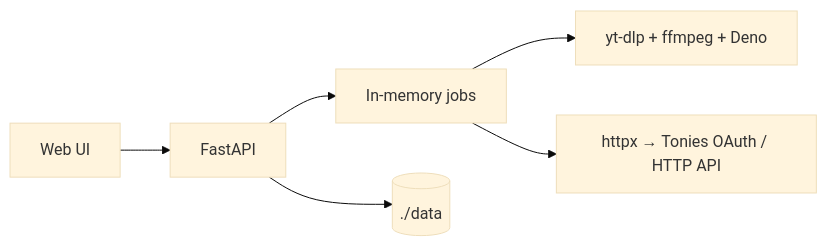
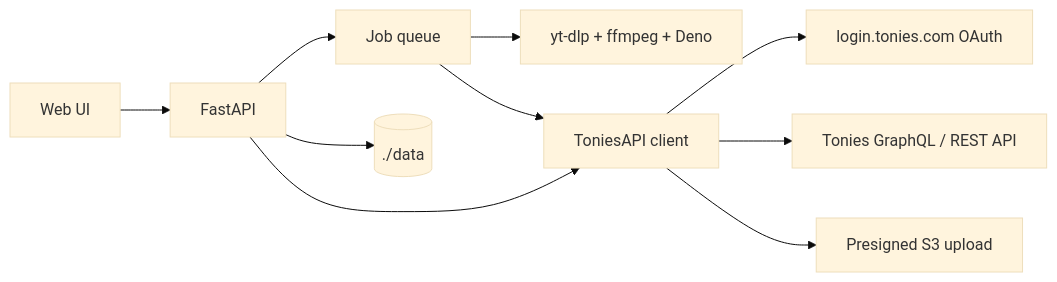
The diagram in docs/APP_OVERVIEW.md (c1rca/tonies-yt), drawn with Mermaid (base theme) before and after one commit. The commit also changed other lines of this file and 18 other files, not shown here.

````diff
--- a/docs/APP_OVERVIEW.md
+++ b/docs/APP_OVERVIEW.md
@@ -35,8 +35,12 @@
 ```mermaid
 flowchart LR
   UI[Web UI] --> API[FastAPI]
-  API --> JOBS[In-memory jobs]
+  API --> JOBS[Job queue]
   JOBS --> YTDLP[yt-dlp + ffmpeg + Deno]
-  JOBS --> TONIES[httpx → Tonies OAuth / HTTP API]
+  JOBS --> TONIES[ToniesAPI client]
+  API --> TONIES
+  TONIES --> AUTH[login.tonies.com OAuth]
+  TONIES --> CLOUD[Tonies GraphQL / REST API]
+  TONIES --> S3[Presigned S3 upload]
   API --> DATA[(./data)]
 ```
````
